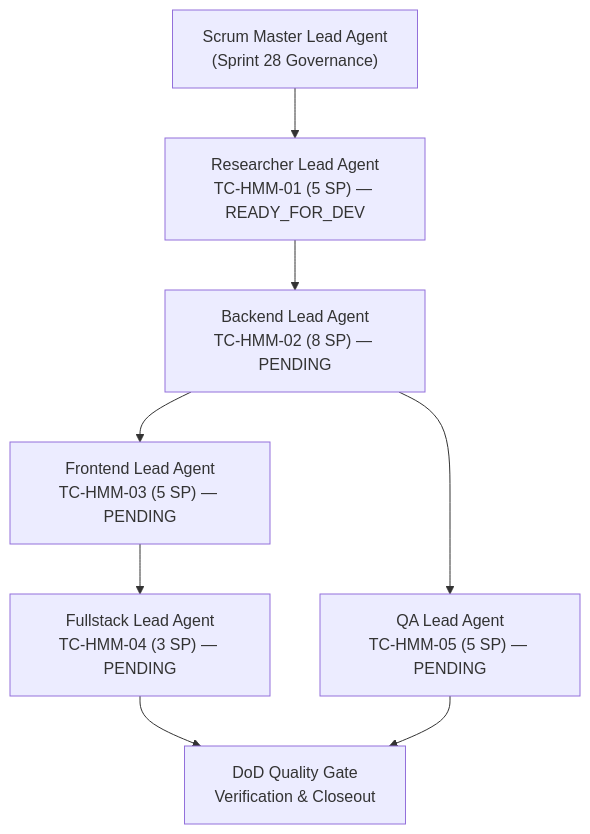
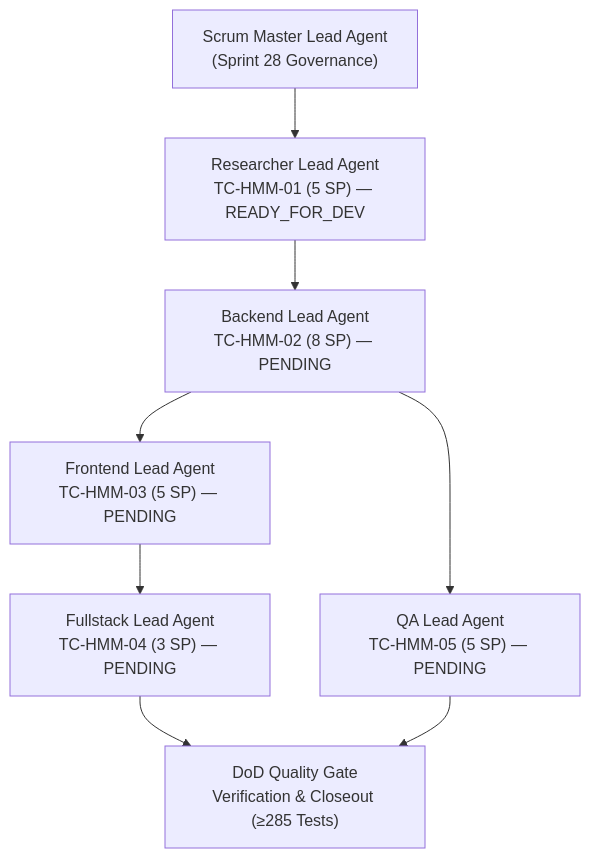
The diagram in docs/daily-reports/2026-11-20.md (Paurushmuley/LearnTrade), drawn with Mermaid before and after one commit. The commit also changed other lines of this file and 2 other files, not shown here.

````diff
--- a/docs/daily-reports/2026-11-20.md
+++ b/docs/daily-reports/2026-11-20.md
@@ -60,10 +54,10 @@
 ```mermaid
 flowchart TD
     SM["Scrum Master Lead Agent<br/>(Sprint 28 Governance)"] --> RES["Researcher Lead Agent<br/>TC-HMM-01 (5 SP) — READY_FOR_DEV"]
     RES --> BE["Backend Lead Agent<br/>TC-HMM-02 (8 SP) — PENDING"]
     BE --> FE["Frontend Lead Agent<br/>TC-HMM-03 (5 SP) — PENDING"]
     FE --> FS["Fullstack Lead Agent<br/>TC-HMM-04 (3 SP) — PENDING"]
     BE --> QA["QA Lead Agent<br/>TC-HMM-05 (5 SP) — PENDING"]
-    FS --> VER["DoD Quality Gate<br/>Verification & Closeout"]
+    FS --> VER["DoD Quality Gate<br/>Verification & Closeout (≥285 Tests)"]
     QA --> VER
 ```
````
